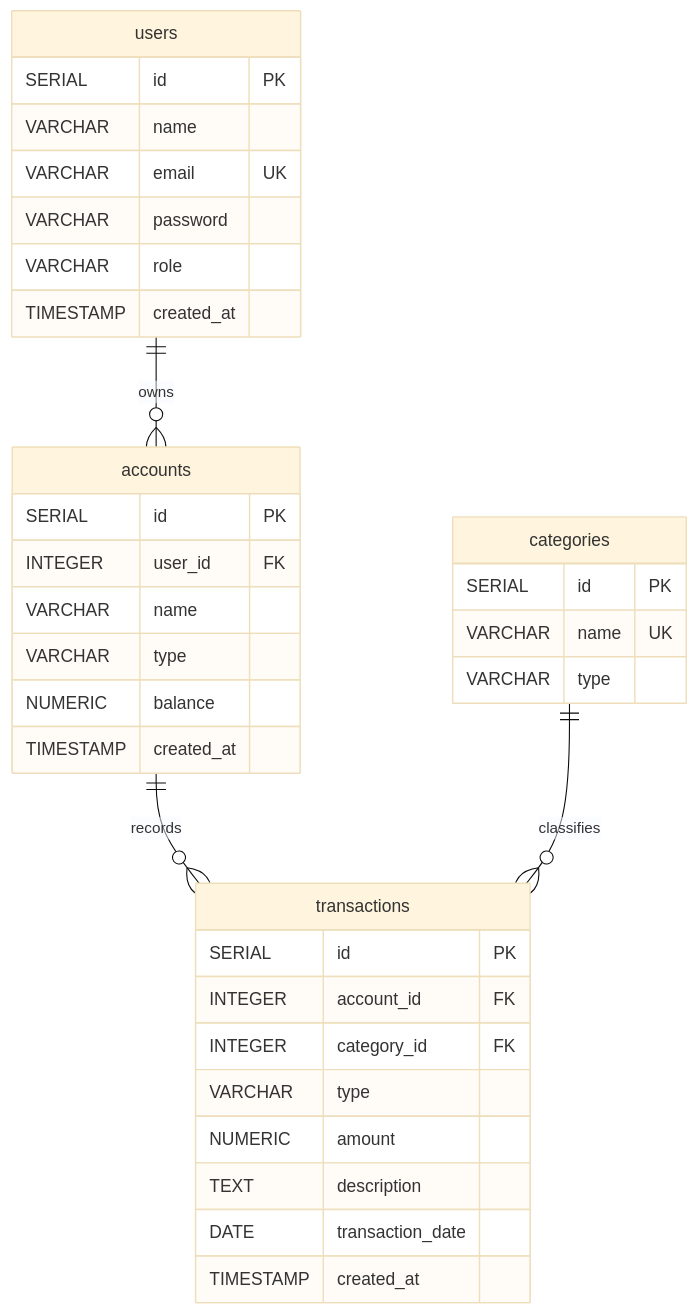
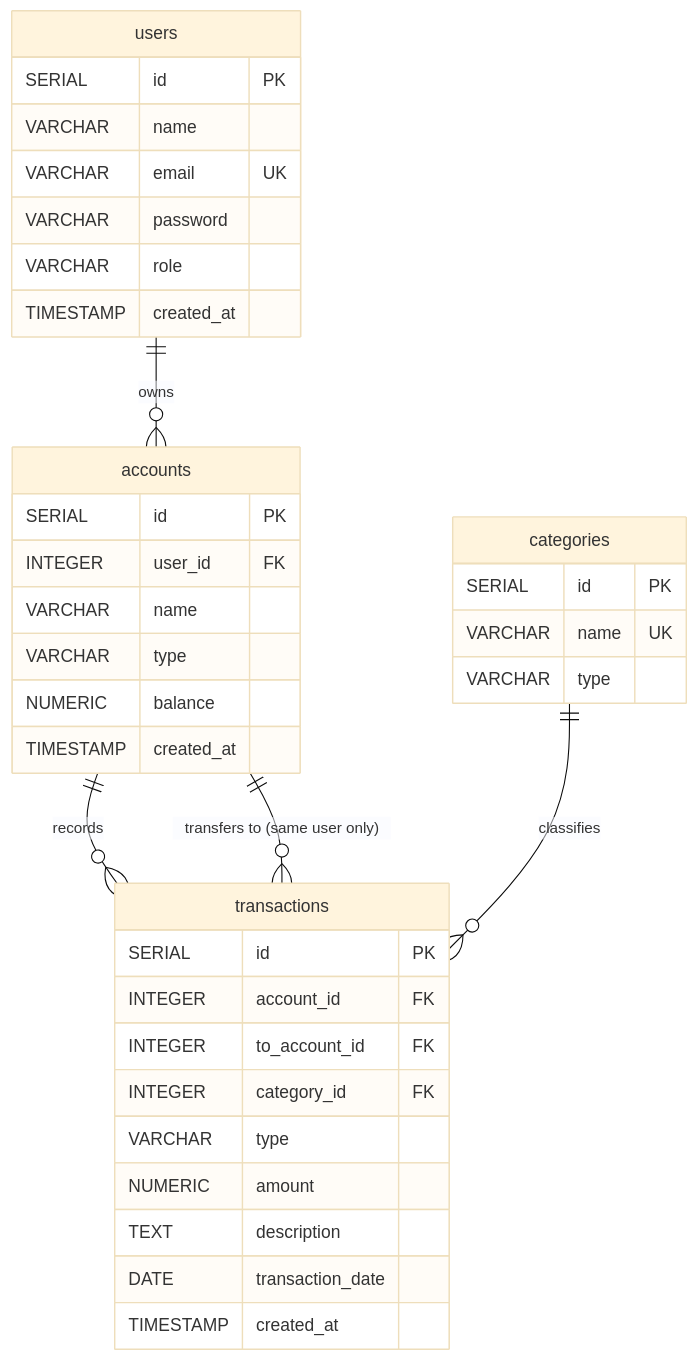
The diagram in fintrack-api/docs/erd.mmd (Revou-FSSE-Feb26/milestone-4-AI-NovaNX), drawn with Mermaid (base theme) before and after one commit. The commit also changed 19 other files, not shown here.

```diff
--- a/fintrack-api/docs/erd.mmd
+++ b/fintrack-api/docs/erd.mmd
@@ -1,39 +1,41 @@
 erDiagram
     users ||--o{ accounts : owns
     accounts ||--o{ transactions : records
+    accounts ||--o{ transactions : "transfers to (same user only)"
     categories ||--o{ transactions : classifies
 
     users {
         SERIAL id PK
         VARCHAR name
         VARCHAR email UK
         VARCHAR password
         VARCHAR role
         TIMESTAMP created_at
     }
 
     accounts {
         SERIAL id PK
         INTEGER user_id FK
         VARCHAR name
         VARCHAR type
         NUMERIC balance
         TIMESTAMP created_at
     }
 
     categories {
         SERIAL id PK
         VARCHAR name UK
         VARCHAR type
     }
 
     transactions {
         SERIAL id PK
         INTEGER account_id FK
+        INTEGER to_account_id FK
         INTEGER category_id FK
         VARCHAR type
         NUMERIC amount
         TEXT description
         DATE transaction_date
         TIMESTAMP created_at
     }
```
